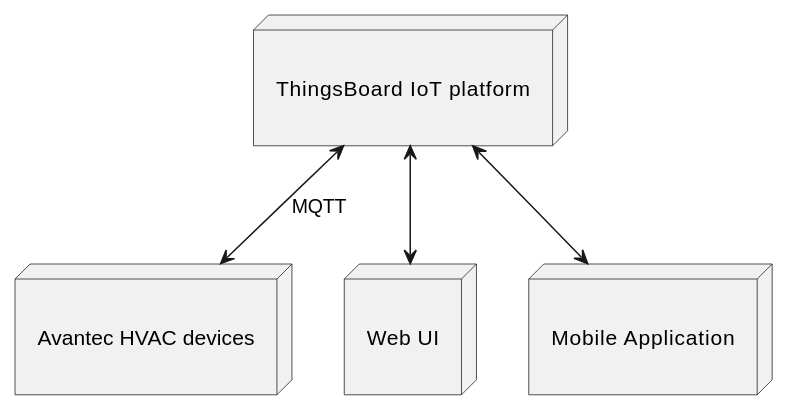
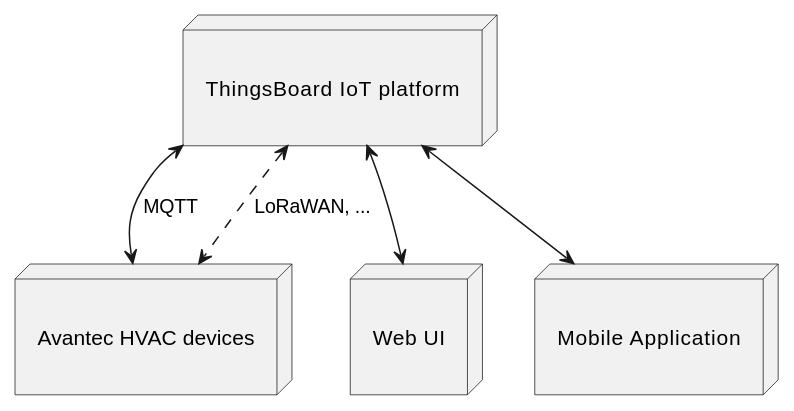
One commit to avantec-iot/avantec-thingsboard changed the diagram in docs/intro/why-avantec-thingsboard.rst. Above: the diagram before and after it, drawn with PlantUML. The commit also changed other lines of this file and 11 other files, not shown here.

```diff
--- a/docs/intro/why-avantec-thingsboard.rst
+++ b/docs/intro/why-avantec-thingsboard.rst
@@ -11,17 +11,18 @@
 .. uml::
    :align: center
 
    node "\nThingsBoard IoT platform\n" as TBSrv {
    }
 
    node "\nAvantec HVAC devices\n" as TBDev {
    }
 
    node "\nWeb UI\n" as TBWebUI {
    }
    node "\nMobile Application\n" as TBMobileApp {
    }
 
    TBSrv <-down-> TBDev : MQTT
+   TBSrv <.down.> TBDev : LoRaWAN, ...
    TBSrv <-down-> TBWebUI 
    TBSrv <-down-> TBMobileApp 
```
